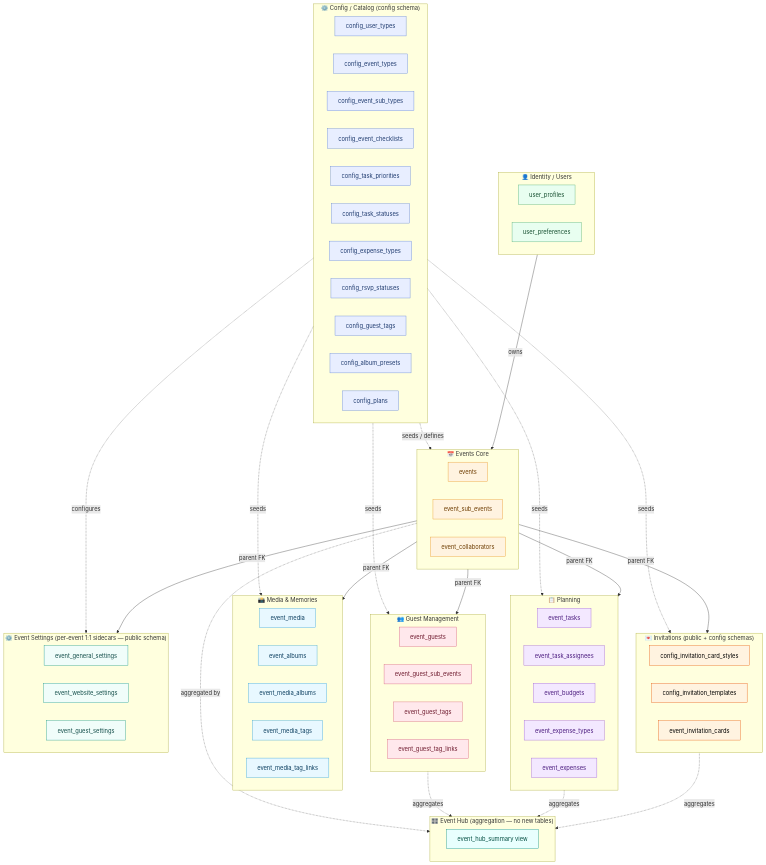
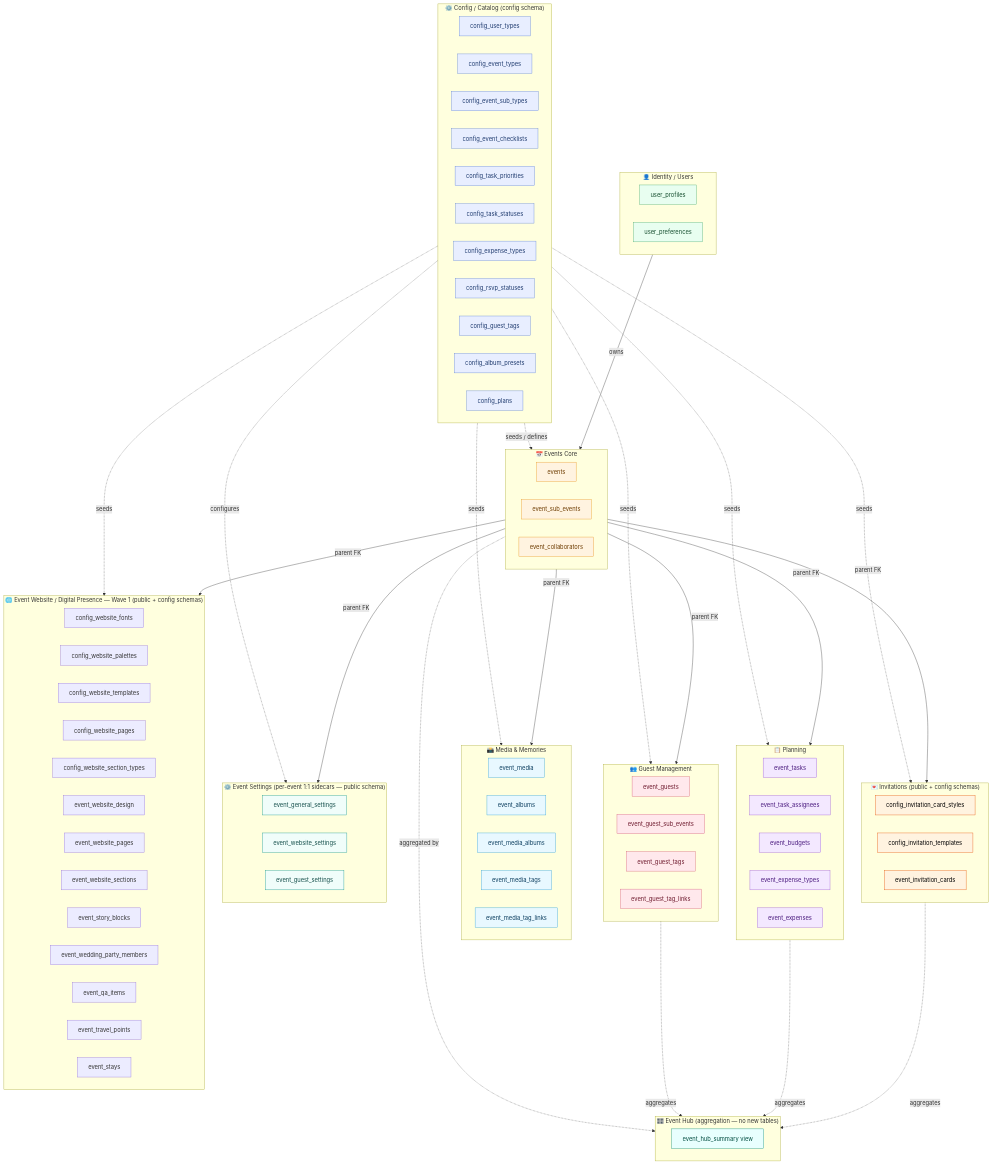
Before and after one commit to evenzi-official/Evenzi: the first of 6 diagrams in docs/data-model/ERD.md, drawn with Mermaid. The commit also changed other lines of this file and 4 other files, not shown here.

First line of the commit message:
feat(data-model): ship Event Website Wave 1 schema (website_01-website_11)

```diff
--- a/docs/data-model/ERD.md
+++ b/docs/data-model/ERD.md
@@ -76,18 +78,36 @@
     EGST[event_guest_settings]
   end
 
+  subgraph SITE["🌐 Event Website / Digital Presence — Wave 1  (public + config schemas)"]
+    CWF[config_website_fonts]
+    CWP[config_website_palettes]
+    CWT[config_website_templates]
+    CWPG[config_website_pages]
+    CWST[config_website_section_types]
+    EWD[event_website_design]
+    EWPG[event_website_pages]
+    EWS2[event_website_sections]
+    ESB[event_story_blocks]
+    EWPM[event_wedding_party_members]
+    EQA[event_qa_items]
+    ETP[event_travel_points]
+    EST[event_stays]
+  end
+
   CFG -. "seeds / defines" .-> CORE
   CFG -. "seeds" .-> PLN
   CFG -. "seeds" .-> GST
   CFG -. "seeds" .-> MED
   CFG -. "seeds" .-> INV
   CFG -. "configures" .-> SETT
+  CFG -. "seeds" .-> SITE
   USR -- "owns" --> CORE
   CORE -- "parent FK" --> PLN
   CORE -- "parent FK" --> GST
   CORE -- "parent FK" --> MED
   CORE -- "parent FK" --> INV
   CORE -- "parent FK" --> SETT
+  CORE -- "parent FK" --> SITE
   CORE -. "aggregated by" .-> HUB
   GST -. "aggregates" .-> HUB
   PLN -. "aggregates" .-> HUB
```
